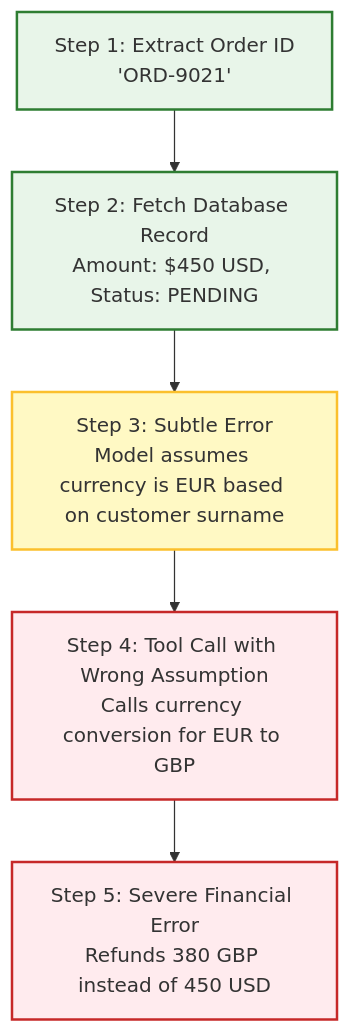
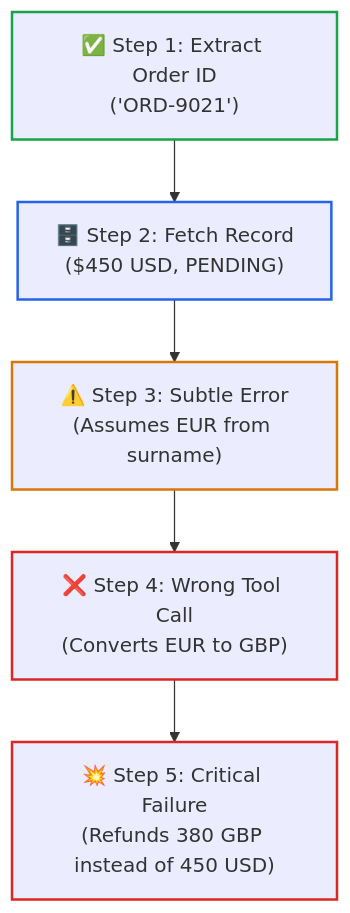
The third of 9 diagrams in 04-agentic-systems-and-orchestration/01-workflows-vs-agents-and-orchestration-patterns.md (dip4k/senior-engineer-to-ai-engineer-roadmap), drawn with Mermaid before and after one commit. The commit also changed other lines of this file and 94 other files, not shown here.

Commit message:
refactor(curriculum): complete Phase 04 upgrade and enforce diagram renderer invariants

````diff
--- a/04-agentic-systems-and-orchestration/01-workflows-vs-agents-and-orchestration-patterns.md
+++ b/04-agentic-systems-and-orchestration/01-workflows-vs-agents-and-orchestration-patterns.md
@@ -145,14 +155,16 @@
 ```mermaid
 flowchart TD
-    classDef ok fill:#e8f5e9,stroke:#2e7d32,stroke-width:2px;
-    classDef warn fill:#fff9c4,stroke:#fbc02d,stroke-width:2px;
-    classDef bad fill:#ffebee,stroke:#c62828,stroke-width:2px;
-
-    S1["Step 1: Extract Order ID\n'ORD-9021'"]:::ok
-    S2["Step 2: Fetch Database Record\nAmount: $450 USD, Status: PENDING"]:::ok
-    S3["Step 3: Subtle Error\nModel assumes currency is EUR based on customer surname"]:::warn
-    S4["Step 4: Tool Call with Wrong Assumption\nCalls currency conversion for EUR to GBP"]:::bad
-    S5["Step 5: Severe Financial Error\nRefunds 380 GBP instead of 450 USD"]:::bad
+    S1["✅ Step 1: Extract Order ID<br>('ORD-9021')"]
+    S2["🗄️ Step 2: Fetch Record<br>($450 USD, PENDING)"]
+    S3["⚠️ Step 3: Subtle Error<br>(Assumes EUR from surname)"]
+    S4["❌ Step 4: Wrong Tool Call<br>(Converts EUR to GBP)"]
+    S5["💥 Step 5: Critical Failure<br>(Refunds 380 GBP instead of 450 USD)"]
 
     S1 --> S2 --> S3 --> S4 --> S5
+
+    style S1 stroke:#16a34a,stroke-width:2px
+    style S2 stroke:#2563eb,stroke-width:2px
+    style S3 stroke:#d97706,stroke-width:2px
+    style S4 stroke:#dc2626,stroke-width:2px
+    style S5 stroke:#dc2626,stroke-width:2px
 ```
````
